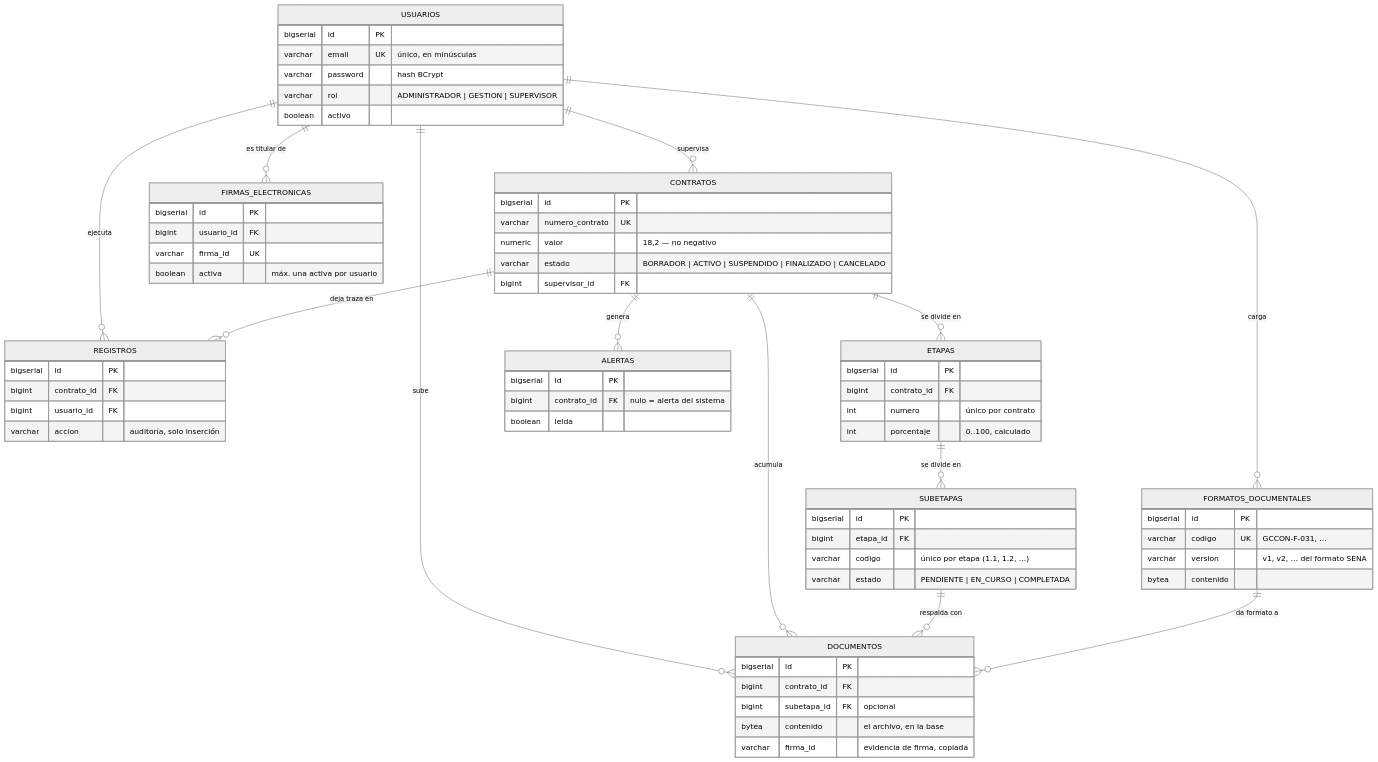
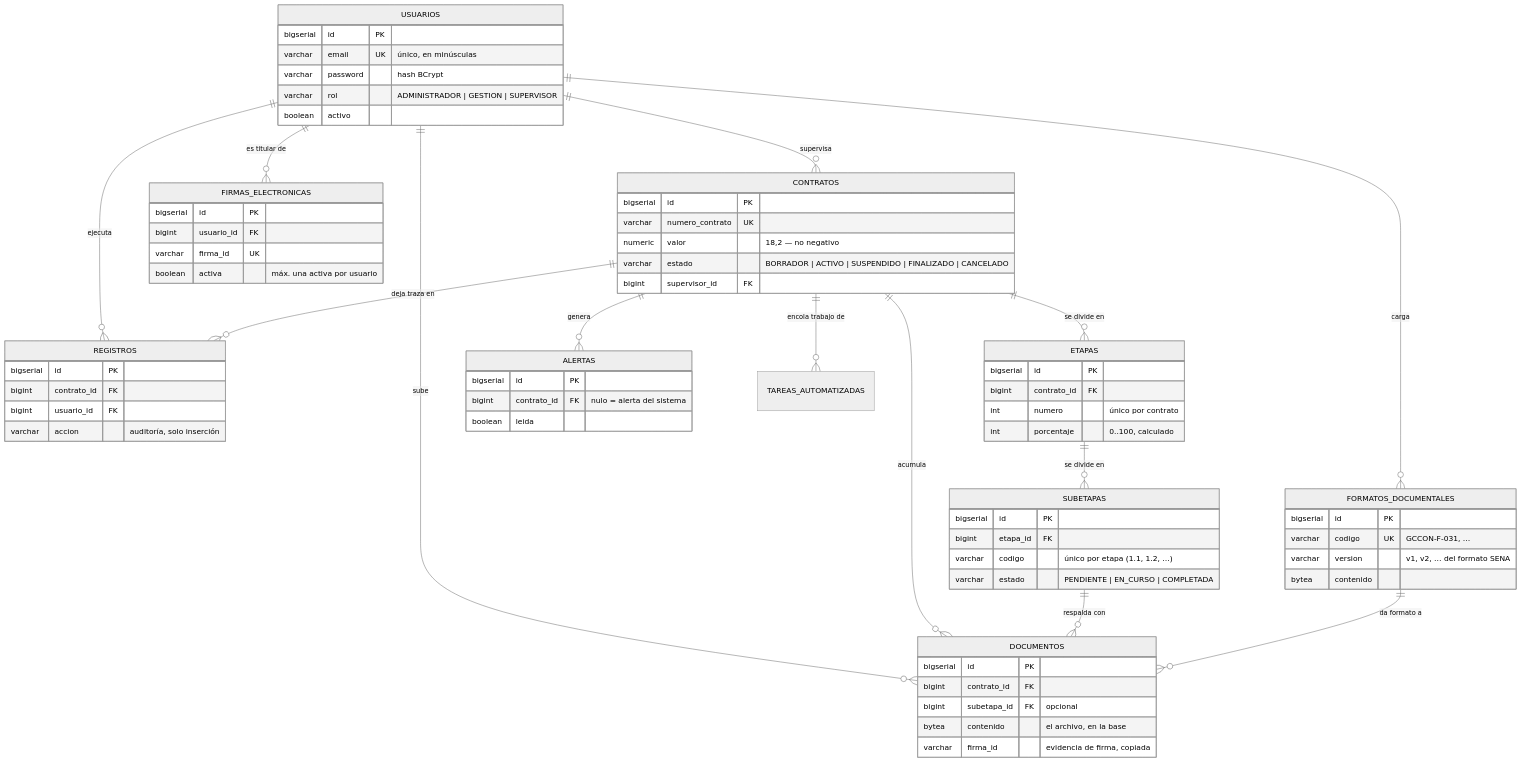
One commit to JuanArangoPuentes/SICOT changed the diagram in docs/operacion/MODELO_DE_DATOS.md. Above: the diagram before and after it, drawn with Mermaid (neutral theme). The commit also changed other lines of this file, not shown here.

````diff
--- a/docs/operacion/MODELO_DE_DATOS.md
+++ b/docs/operacion/MODELO_DE_DATOS.md
@@ -26,74 +26,75 @@
 ```mermaid
 erDiagram
     USUARIOS ||--o{ CONTRATOS : "supervisa"
     USUARIOS ||--o{ FIRMAS_ELECTRONICAS : "es titular de"
     USUARIOS ||--o{ DOCUMENTOS : "sube"
     USUARIOS ||--o{ FORMATOS_DOCUMENTALES : "carga"
     USUARIOS ||--o{ REGISTROS : "ejecuta"
 
     CONTRATOS ||--o{ ETAPAS : "se divide en"
     CONTRATOS ||--o{ DOCUMENTOS : "acumula"
     CONTRATOS ||--o{ ALERTAS : "genera"
     CONTRATOS ||--o{ REGISTROS : "deja traza en"
+    CONTRATOS ||--o{ TAREAS_AUTOMATIZADAS : "encola trabajo de"
 
     ETAPAS ||--o{ SUBETAPAS : "se divide en"
     SUBETAPAS ||--o{ DOCUMENTOS : "respalda con"
     FORMATOS_DOCUMENTALES ||--o{ DOCUMENTOS : "da formato a"
 
     USUARIOS {
         bigserial id PK
         varchar email UK "único, en minúsculas"
         varchar password "hash BCrypt"
         varchar rol "ADMINISTRADOR | GESTION | SUPERVISOR"
         boolean activo
     }
     CONTRATOS {
         bigserial id PK
         varchar numero_contrato UK
         numeric valor "18,2 — no negativo"
         varchar estado "BORRADOR | ACTIVO | SUSPENDIDO | FINALIZADO | CANCELADO"
         bigint supervisor_id FK
     }
     ETAPAS {
         bigserial id PK
         bigint contrato_id FK
         int numero "único por contrato"
         int porcentaje "0..100, calculado"
     }
     SUBETAPAS {
         bigserial id PK
         bigint etapa_id FK
         varchar codigo "único por etapa (1.1, 1.2, …)"
         varchar estado "PENDIENTE | EN_CURSO | COMPLETADA"
     }
     DOCUMENTOS {
         bigserial id PK
         bigint contrato_id FK
         bigint subetapa_id FK "opcional"
         bytea contenido "el archivo, en la base"
         varchar firma_id "evidencia de firma, copiada"
     }
     FIRMAS_ELECTRONICAS {
         bigserial id PK
         bigint usuario_id FK
         varchar firma_id UK
         boolean activa "máx. una activa por usuario"
     }
     FORMATOS_DOCUMENTALES {
         bigserial id PK
         varchar codigo UK "GCCON-F-031, …"
         varchar version "v1, v2, … del formato SENA"
         bytea contenido
     }
     ALERTAS {
         bigserial id PK
         bigint contrato_id FK "nulo = alerta del sistema"
         boolean leida
     }
     REGISTROS {
         bigserial id PK
         bigint contrato_id FK
         bigint usuario_id FK
         varchar accion "auditoría, solo inserción"
     }
 ```
````
